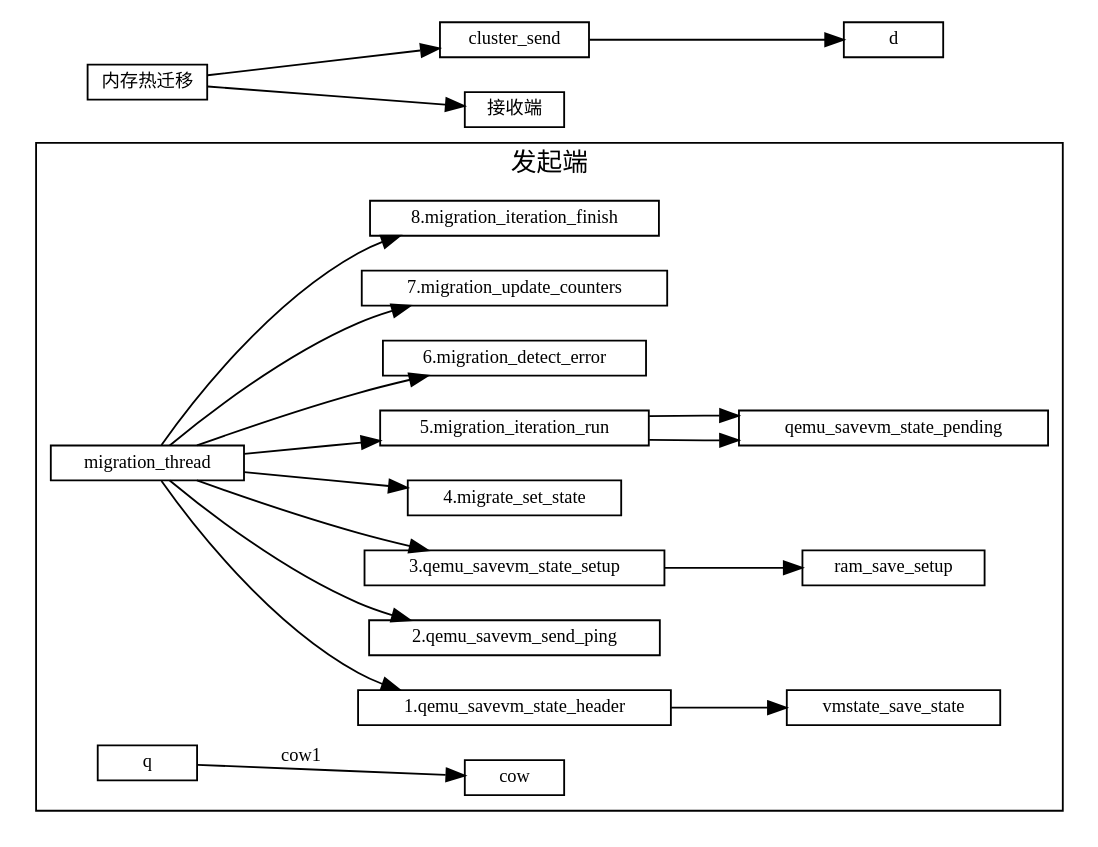
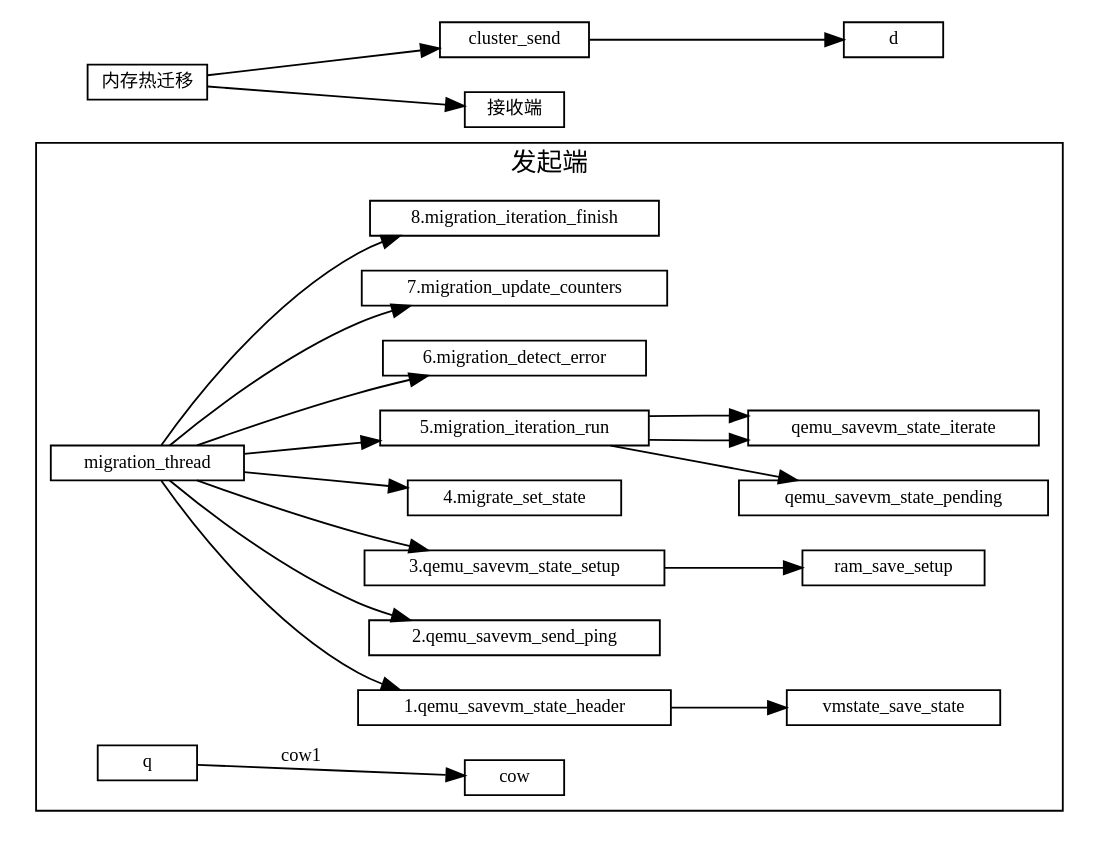
The diagram in 虚拟化/热迁移/1-内存热迁移.md (sisyphus1212/note), drawn with Graphviz before and after one commit.

Commit message:
auto_update

````diff
--- a/虚拟化/热迁移/1-内存热迁移.md
+++ b/虚拟化/热迁移/1-内存热迁移.md
@@ -11,46 +11,48 @@
 ```graphviz
 digraph {
 fontname="Helvetica,Arial,sans-serif"
 //node [fontname="Helvetica,Arial,sans-serif"]
 //edge [fontname="Helvetica,Arial,sans-serif"]
 rankdir="LR"
 node [fontsize=10, shape=record, height=0.25]
 edge [fontsize=10]
   subgraph send {
     cluster=true;
     label="发起端";
     qemu_savevm_state_header[label="1.qemu_savevm_state_header"];
     qemu_savevm_send_ping[label="2.qemu_savevm_send_ping"];
     qemu_savevm_state_setup[label="3.qemu_savevm_state_setup"];
     migrate_set_state[label="4.migrate_set_state"];
     migration_iteration_run[label="5.migration_iteration_run"];
     migration_detect_error[label="6.migration_detect_error"];
     migration_update_counters[label="7.migration_update_counters"];
     migration_iteration_finish[label="8.migration_iteration_finish"];
 
     migration_thread -> qemu_savevm_state_header
                      -> vmstate_save_state;
     migration_thread -> qemu_savevm_send_ping;
     migration_thread -> qemu_savevm_state_setup
                      -> ram_save_setup;
     migration_thread -> migrate_set_state;
     migration_thread ->
          migration_iteration_run->qemu_savevm_state_pending;
-         migration_iteration_run->qemu_savevm_state_pending
+         migration_iteration_run->qemu_savevm_state_iterate;
+         migration_iteration_run->qemu_savevm_state_iterate;
+
 
     migration_thread -> migration_detect_error
     migration_thread -> migration_update_counters
     migration_thread -> migration_iteration_finish
 
 
 
     q -> cow[label="cow1"];
   }
 
 内存热迁移 [label="内存热迁移"]
 内存热迁移 -> cluster_send
            -> d
 
 内存热迁移 -> 接收端
 }
 ```
````
